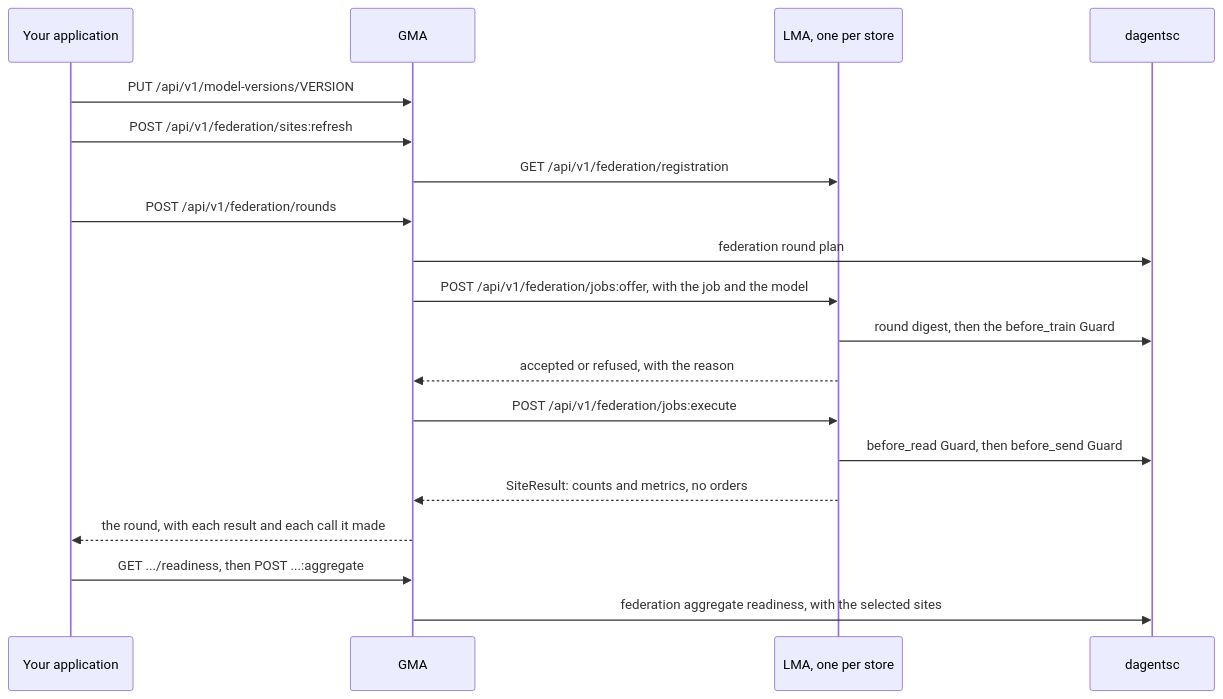
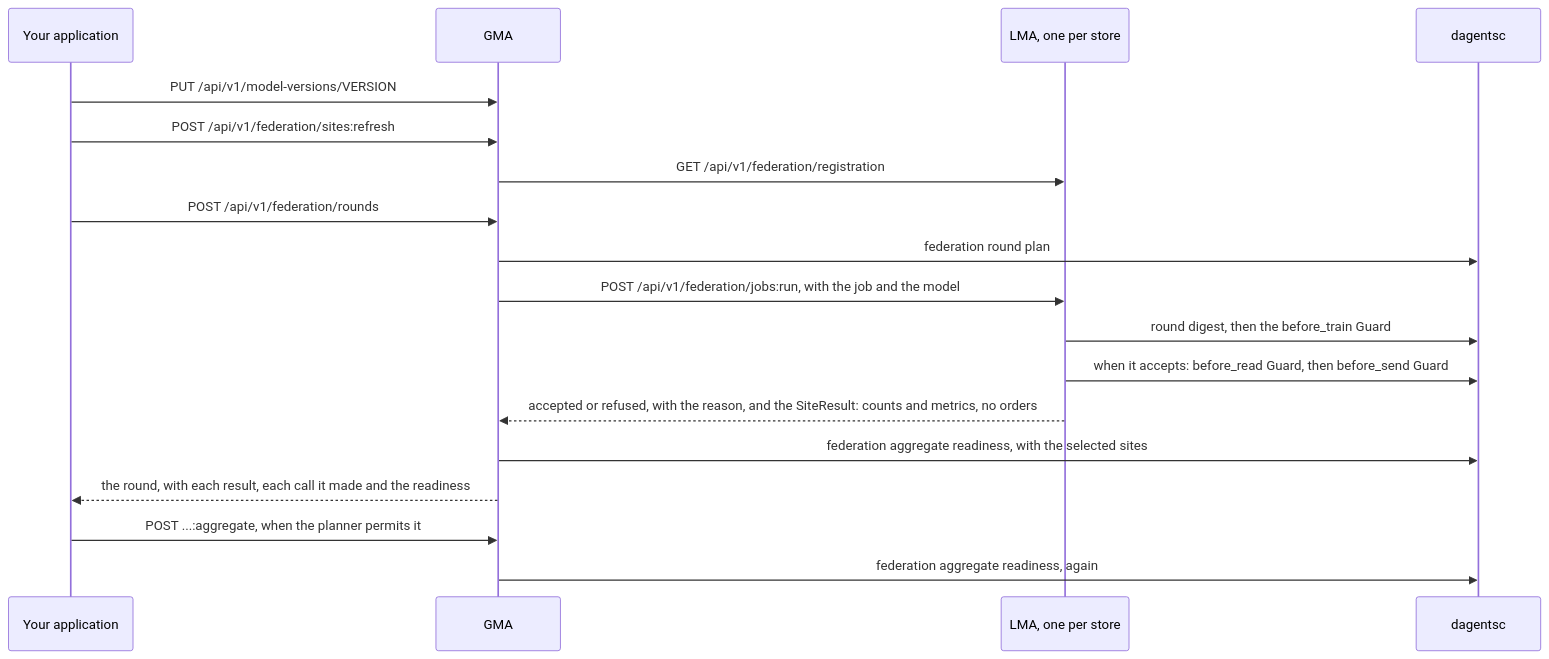
Before and after one commit to pradyunuydarp/Dagents: the second of 2 diagrams in docs/guide/06-federated-rounds.md, drawn with Mermaid. The commit also changed other lines of this file and 138 other files, not shown here.

First line of the commit message:
Switch the stroke demo to the Dagents LMA and GMA APIs

````diff
--- a/docs/guide/06-federated-rounds.md
+++ b/docs/guide/06-federated-rounds.md
@@ -548,21 +550,20 @@
 ```mermaid
 sequenceDiagram
   participant App as Your application
   participant GMA
   participant LMA as LMA, one per store
   participant P as dagentsc
   App->>GMA: PUT /api/v1/model-versions/VERSION
   App->>GMA: POST /api/v1/federation/sites:refresh
   GMA->>LMA: GET /api/v1/federation/registration
   App->>GMA: POST /api/v1/federation/rounds
   GMA->>P: federation round plan
-  GMA->>LMA: POST /api/v1/federation/jobs:offer, with the job and the model
+  GMA->>LMA: POST /api/v1/federation/jobs:run, with the job and the model
   LMA->>P: round digest, then the before_train Guard
-  LMA-->>GMA: accepted or refused, with the reason
-  GMA->>LMA: POST /api/v1/federation/jobs:execute
-  LMA->>P: before_read Guard, then before_send Guard
-  LMA-->>GMA: SiteResult: counts and metrics, no orders
-  GMA-->>App: the round, with each result and each call it made
-  App->>GMA: GET .../readiness, then POST ...:aggregate
+  LMA->>P: when it accepts: before_read Guard, then before_send Guard
+  LMA-->>GMA: accepted or refused, with the reason, and the SiteResult: counts and metrics, no orders
   GMA->>P: federation aggregate readiness, with the selected sites
+  GMA-->>App: the round, with each result, each call it made and the readiness
+  App->>GMA: POST ...:aggregate, when the planner permits it
+  GMA->>P: federation aggregate readiness, again
 ```
````
